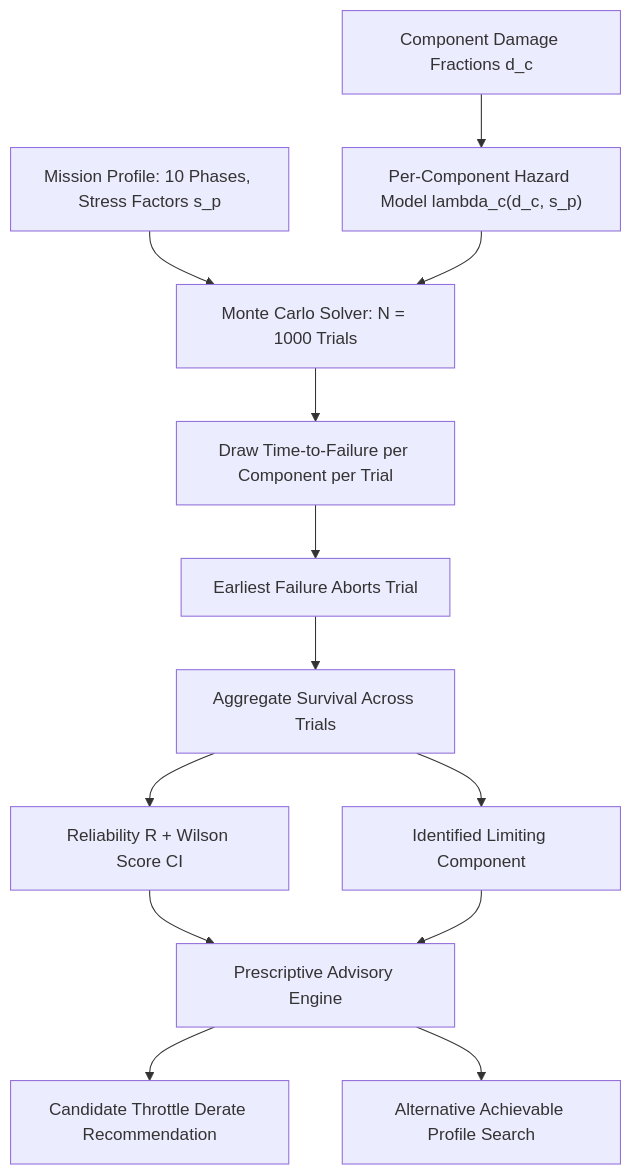
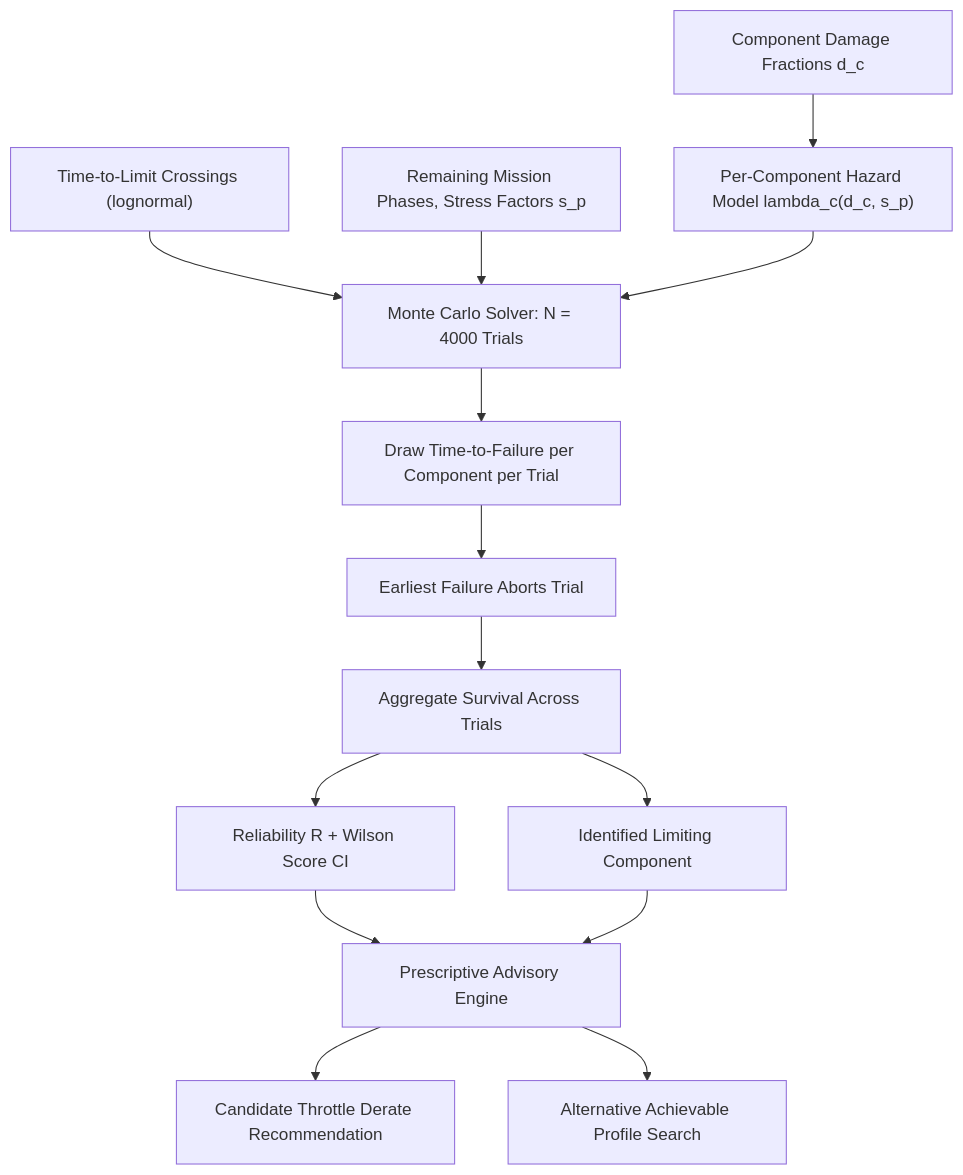
The second of 2 diagrams in docs_site/technical/17-mission-reliability.md (Aayush-Deshpande/Maverick), drawn with Mermaid before and after one commit. The commit also changed other lines of this file and 1 other file, not shown here.

Commit message:
docs: missions/recording/replay page and Monte Carlo reliability section rewritten to the implemented system with measured results

````diff
--- a/docs_site/technical/17-mission-reliability.md
+++ b/docs_site/technical/17-mission-reliability.md
@@ -86,19 +90,21 @@
 ```mermaid
 flowchart TB
-    PROFILE["Mission Profile: 10 Phases, Stress Factors s_p"]
+    PROFILE["Remaining Mission Phases, Stress Factors s_p"]
     DAMAGE["Component Damage Fractions d_c"]
     HAZARD["Per-Component Hazard Model lambda_c(d_c, s_p)"]
 
-    PROFILE --> MC["Monte Carlo Solver: N = 1000 Trials"]
+    TTL["Time-to-Limit Crossings (lognormal)"]
+    TTL --> MC
+    PROFILE --> MC["Monte Carlo Solver: N = 4000 Trials"]
     DAMAGE --> HAZARD
     HAZARD --> MC
     MC --> DRAW["Draw Time-to-Failure per Component per Trial"]
     DRAW --> EARLIEST["Earliest Failure Aborts Trial"]
     EARLIEST --> AGG["Aggregate Survival Across Trials"]
     AGG --> R["Reliability R + Wilson Score CI"]
     AGG --> LIMIT["Identified Limiting Component"]
     R --> ADVISORY["Prescriptive Advisory Engine"]
     LIMIT --> ADVISORY
     ADVISORY --> DERATE["Candidate Throttle Derate Recommendation"]
     ADVISORY --> REPLAN["Alternative Achievable Profile Search"]
 ```
````
